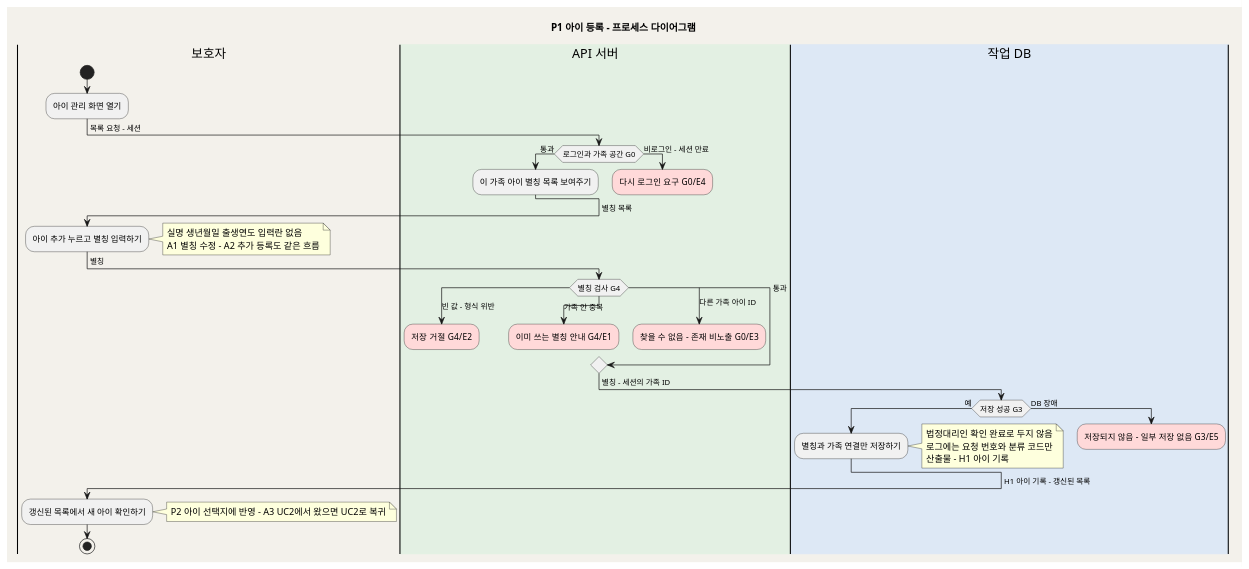
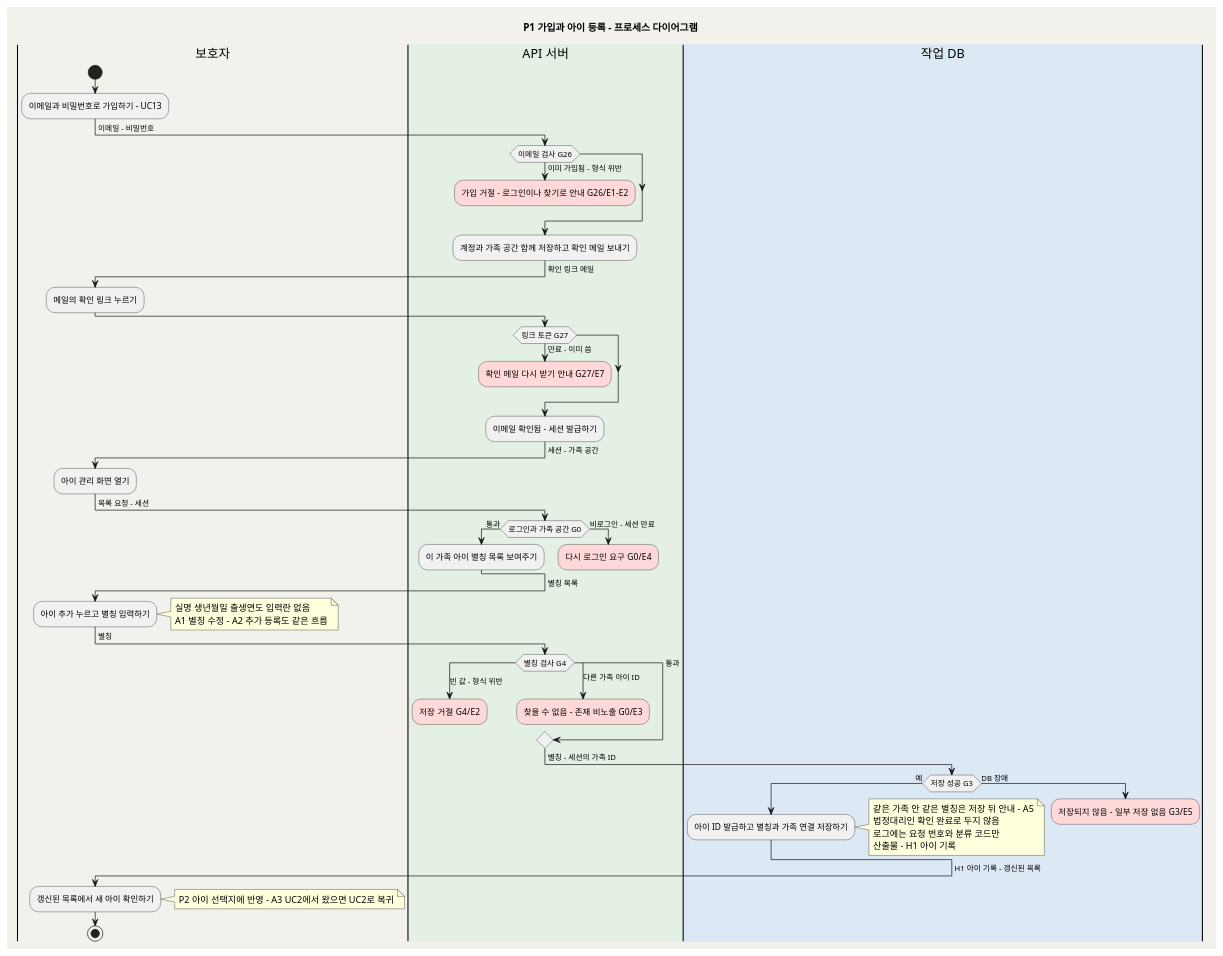
One commit to kids-gallery/uri-gallery changed the fifth of 17 diagrams in design/SD_01_프로세스설계서_우리아이미술관.md. Above: the diagram before and after it, drawn with PlantUML. The commit also changed other lines of this file and 14 other files, not shown here.

First line of the commit message:
보호자 이메일 로그인과 로그인 정보 찾기(D18): UC13·UC14 신설, 별칭 중복 검사 제거

````diff
--- a/design/SD_01_프로세스설계서_우리아이미술관.md
+++ b/design/SD_01_프로세스설계서_우리아이미술관.md
@@ -423,57 +425,74 @@
 ```plantuml
 @startuml
 skinparam backgroundColor #F3F1EB
 skinparam shadowing false
-title P1 아이 등록 - 프로세스 다이어그램
+title P1 가입과 아이 등록 - 프로세스 다이어그램
 |보호자|
 start
+:이메일과 비밀번호로 가입하기 - UC13;
+-> 이메일 - 비밀번호;
+|#E3F0E3|API 서버|
+if (이메일 검사 G26) then (이미 가입됨 - 형식 위반)
+  #FFD9D9:가입 거절 - 로그인이나 찾기로 안내  G26/E1-E2;
+  kill
+endif
+:계정과 가족 공간 함께 저장하고 확인 메일 보내기;
+-> 확인 링크 메일;
+|보호자|
+:메일의 확인 링크 누르기;
+|#E3F0E3|API 서버|
+if (링크 토큰 G27) then (만료 - 이미 씀)
+  #FFD9D9:확인 메일 다시 받기 안내  G27/E7;
+  kill
+endif
+:이메일 확인됨 - 세션 발급하기;
+-> 세션 - 가족 공간;
+|보호자|
 :아이 관리 화면 열기;
 -> 목록 요청 - 세션;
 |#E3F0E3|API 서버|
 if (로그인과 가족 공간 G0) then (통과)
   :이 가족 아이 별칭 목록 보여주기;
 else (비로그인 - 세션 만료)
   #FFD9D9:다시 로그인 요구  G0/E4;
   kill
 endif
 -> 별칭 목록;
 |보호자|
 :아이 추가 누르고 별칭 입력하기;
 note right
   실명 생년월일 출생연도 입력란 없음
   A1 별칭 수정 - A2 추가 등록도 같은 흐름
 end note
 -> 별칭;
 |#E3F0E3|API 서버|
 switch (별칭 검사 G4)
 case (빈 값 - 형식 위반)
   #FFD9D9:저장 거절  G4/E2;
   kill
-case (가족 안 중복)
-  #FFD9D9:이미 쓰는 별칭 안내  G4/E1;
-  kill
 case (다른 가족 아이 ID)
   #FFD9D9:찾을 수 없음 - 존재 비노출  G0/E3;
   kill
 case (통과)
 endswitch
 -> 별칭 - 세션의 가족 ID;
 |#DDE8F5|작업 DB|
 if (저장 성공 G3) then (예)
-  :별칭과 가족 연결만 저장하기;
+  :아이 ID 발급하고 별칭과 가족 연결 저장하기;
   note right
+    같은 가족 안 같은 별칭은 저장 뒤 안내 - A5
     법정대리인 확인 완료로 두지 않음
     로그에는 요청 번호와 분류 코드만
     산출물 - H1 아이 기록
   end note
 else (DB 장애)
   #FFD9D9:저장되지 않음 - 일부 저장 없음  G3/E5;
   kill
 endif
 -> H1 아이 기록 - 갱신된 목록;
 |보호자|
 :갱신된 목록에서 새 아이 확인하기;
 note right: P2 아이 선택지에 반영 - A3 UC2에서 왔으면 UC2로 복귀
 stop
 @enduml
 ```
````
